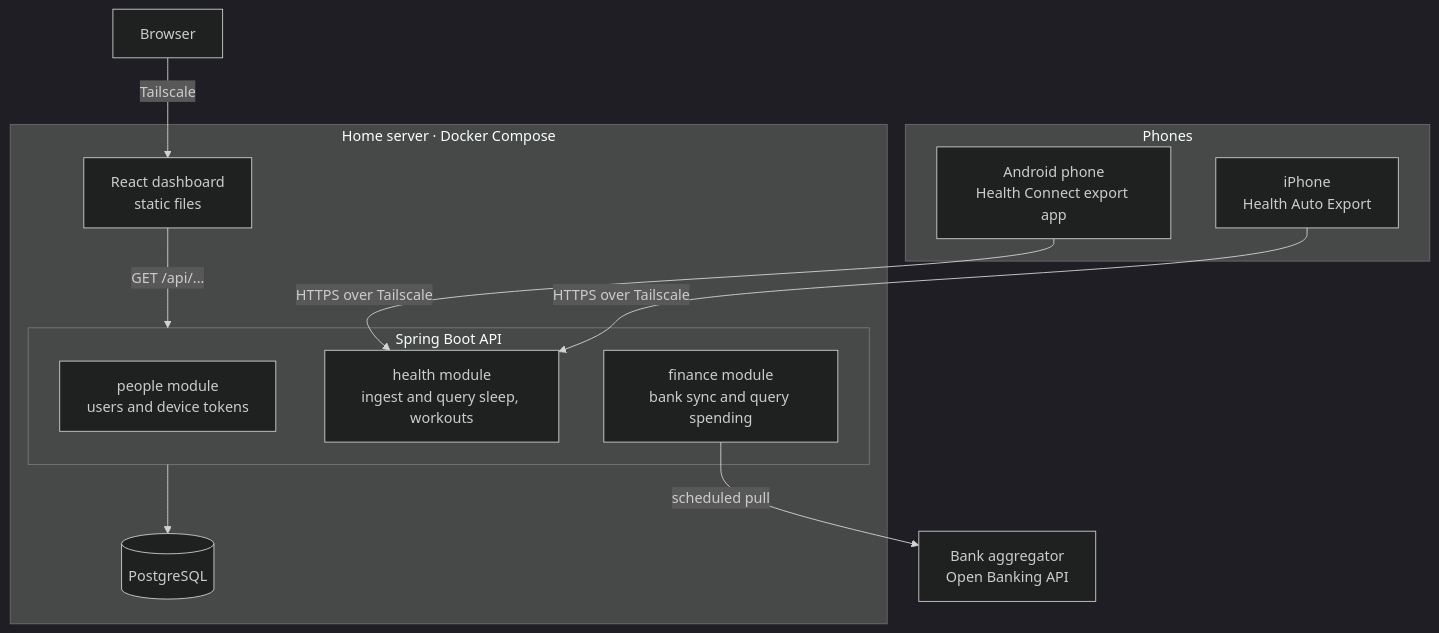
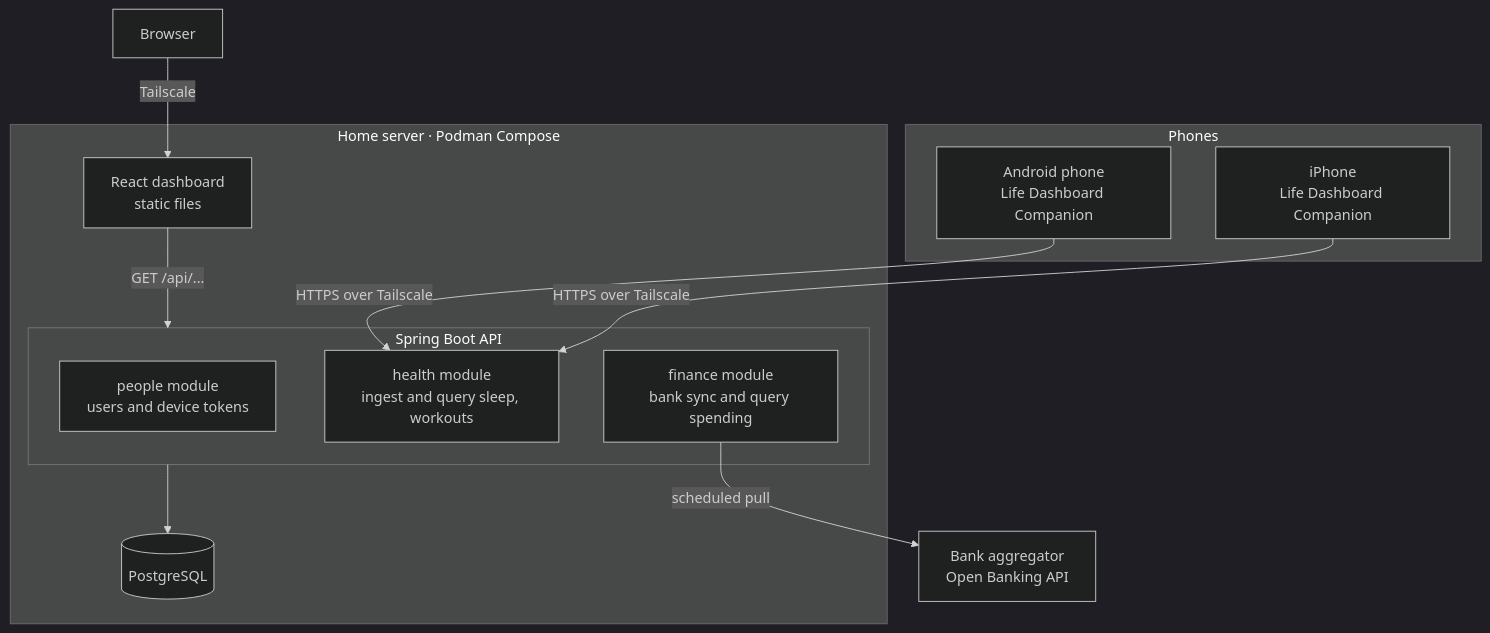
One commit to grigoandrei/homepulse changed the diagram in docs/01-system-design.md. Above: the diagram before and after it, drawn with Mermaid (dark theme). The commit also changed other lines of this file and 16 other files, not shown here.

````diff
--- a/docs/01-system-design.md
+++ b/docs/01-system-design.md
@@ -29,27 +29,27 @@
 ```mermaid
 flowchart TB
     subgraph phones["Phones"]
-        android["Android phone<br/>Health Connect export app"]
-        iphone["iPhone<br/>Health Auto Export"]
+        android["Android phone<br/>Life Dashboard Companion"]
+        iphone["iPhone<br/>Life Dashboard Companion"]
     end
 
     browser["Browser"]
     bank["Bank aggregator<br/>Open Banking API"]
 
-    subgraph server["Home server · Docker Compose"]
+    subgraph server["Home server · Podman Compose"]
         subgraph api["Spring Boot API"]
             people["people module<br/>users and device tokens"]
             health["health module<br/>ingest and query sleep, workouts"]
             finance["finance module<br/>bank sync and query spending"]
         end
         ui["React dashboard<br/>static files"]
         db[("PostgreSQL")]
     end
 
     android -- "HTTPS over Tailscale" --> health
     iphone -- "HTTPS over Tailscale" --> health
     browser -- "Tailscale" --> ui
     ui -- "GET /api/..." --> api
     finance -- "scheduled pull" --> bank
     api --> db
 ```
````
